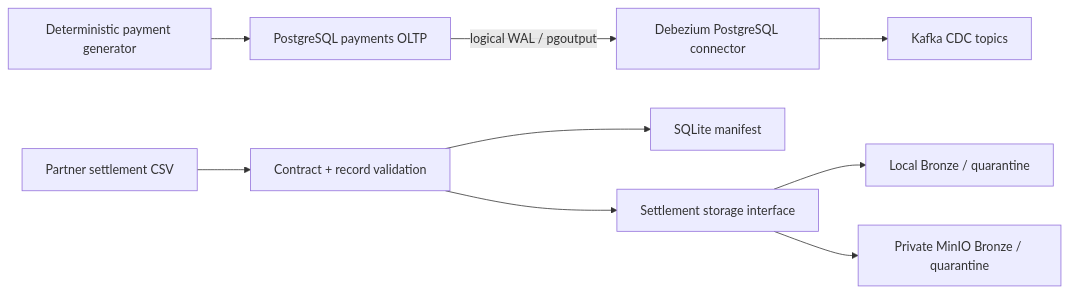
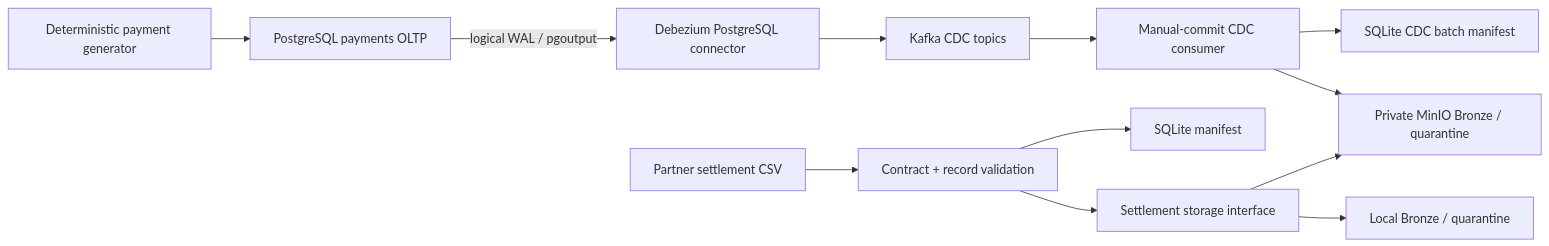
One commit to minzi03/fintech-payments-data-platform changed the first of 2 diagrams in docs/architecture/target-architecture.md. Above: the diagram before and after it, drawn with Mermaid. The commit also changed other lines of this file and 44 other files, not shown here.

Commit message:
feat: add reliable CDC consumer to MinIO Bronze

````diff
--- a/docs/architecture/target-architecture.md
+++ b/docs/architecture/target-architecture.md
@@ -30,11 +32,14 @@
 ```mermaid
 flowchart LR
     GEN["Deterministic payment generator"] --> PG["PostgreSQL payments OLTP"]
     PG -->|"logical WAL / pgoutput"| DBZ["Debezium PostgreSQL connector"]
     DBZ --> KAFKA["Kafka CDC topics"]
+    KAFKA --> CONSUMER["Manual-commit CDC consumer"]
+    CONSUMER --> CDCMANIFEST["SQLite CDC batch manifest"]
+    CONSUMER --> MINIO
     CSV["Partner settlement CSV"] --> BATCH["Contract + record validation"]
     BATCH --> MANIFEST["SQLite manifest"]
     BATCH --> STORE["Settlement storage interface"]
     STORE --> LOCAL["Local Bronze / quarantine"]
     STORE --> MINIO["Private MinIO Bronze / quarantine"]
 ```
````
